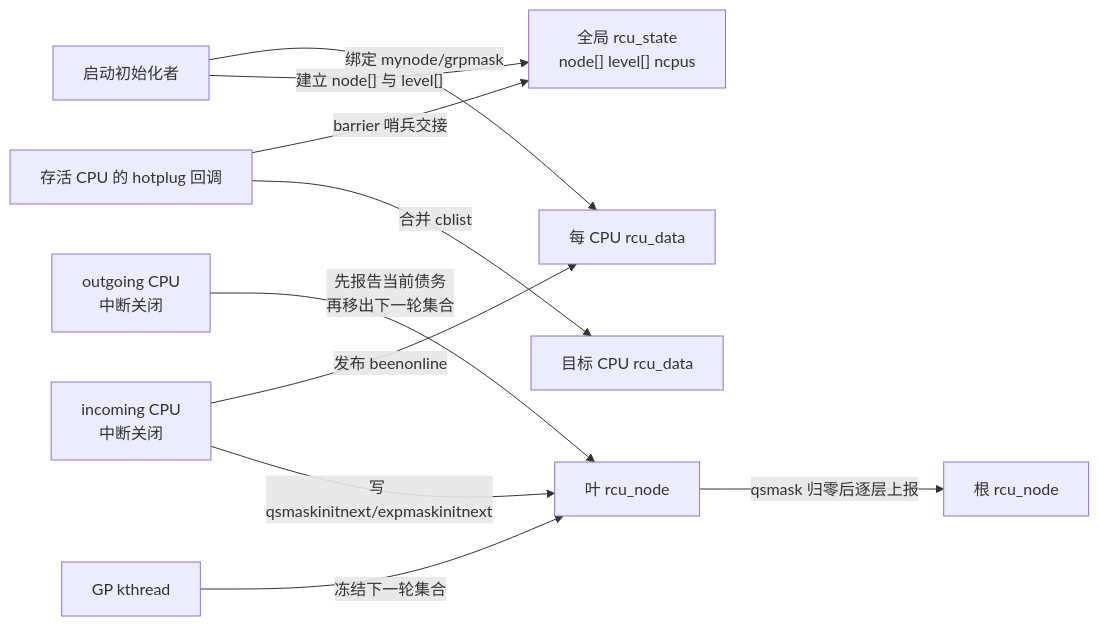
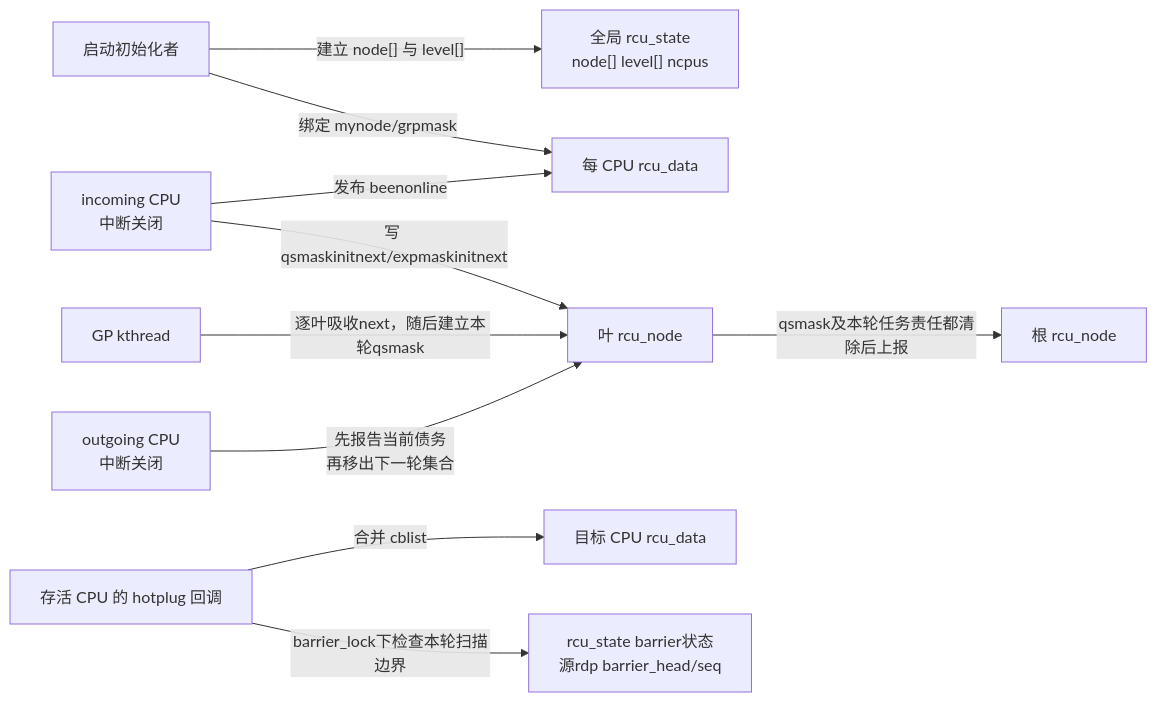
The first of 2 diagrams in research/source_reading/rcu/navigation/P04_Linux_6.12_Tree_RCU_拓扑与CPU热插拔模块源码概念导读.md (FormingSystem/linux_note), drawn with Mermaid before and after one commit. The commit also changed other lines of this file and 1 other file, not shown here.

First line of the commit message:
docs(rcu/source): 修正热插拔参与集合与回调接管

````diff
--- a/research/source_reading/rcu/navigation/P04_Linux_6.12_Tree_RCU_拓扑与CPU热插拔模块源码概念导读.md
+++ b/research/source_reading/rcu/navigation/P04_Linux_6.12_Tree_RCU_拓扑与CPU热插拔模块源码概念导读.md
@@ -47,12 +51,12 @@
 ```mermaid
 flowchart LR
     BOOT["启动初始化者"] -->|"建立 node[] 与 level[]"| RS["全局 rcu_state<br/>node[] level[] ncpus"]
     BOOT -->|"绑定 mynode/grpmask"| RD["每 CPU rcu_data"]
     START["incoming CPU<br/>中断关闭"] -->|"写 qsmaskinitnext/expmaskinitnext"| LEAF["叶 rcu_node"]
     START -->|"发布 beenonline"| RD
-    GP["GP kthread"] -->|"冻结下一轮集合"| LEAF
+    GP["GP kthread"] -->|"逐叶吸收next，随后建立本轮qsmask"| LEAF
     DEAD["outgoing CPU<br/>中断关闭"] -->|"先报告当前债务<br/>再移出下一轮集合"| LEAF
     MIG["存活 CPU 的 hotplug 回调"] -->|"合并 cblist"| DST["目标 CPU rcu_data"]
-    MIG -->|"barrier 哨兵交接"| RS
-    LEAF -->|"qsmask 归零后逐层上报"| ROOT["根 rcu_node"]
+    MIG -->|"barrier_lock下检查本轮扫描边界"| BAR["rcu_state barrier状态<br/>源rdp barrier_head/seq"]
+    LEAF -->|"qsmask及本轮任务责任都清除后上报"| ROOT["根 rcu_node"]
 ```
````
